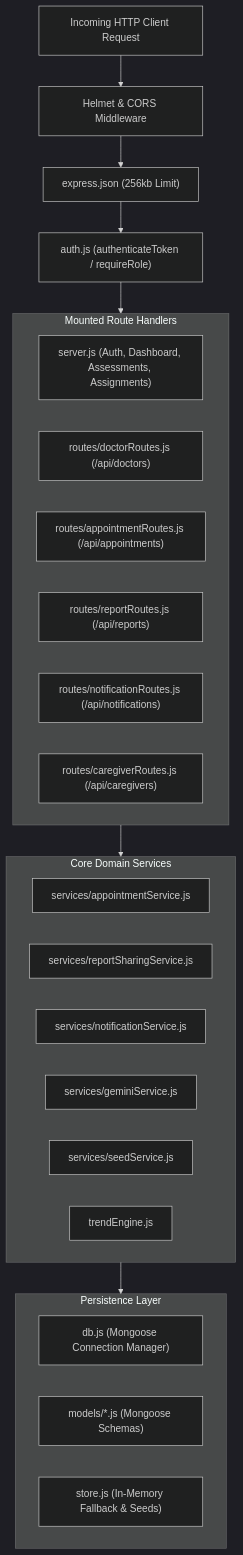
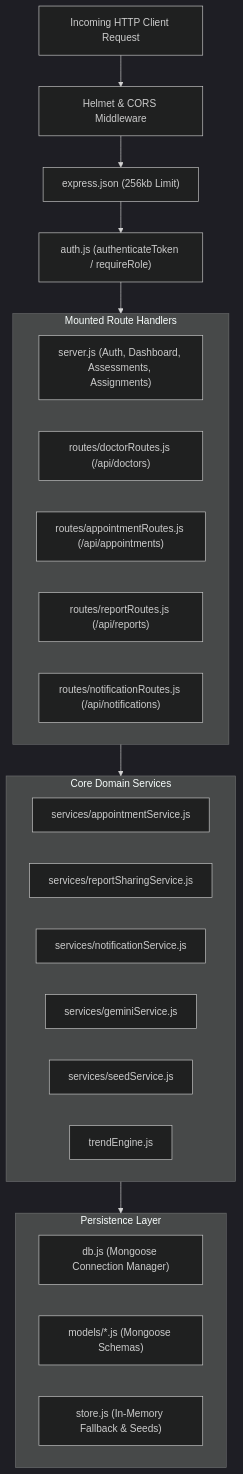
Before and after one commit to Raj-shukla-05/Hacksprint: the diagram in docs/architecture/BACKEND_ARCHITECTURE.md, drawn with Mermaid (dark theme). The commit also changed other lines of this file and 36 other files, not shown here.

````diff
--- a/docs/architecture/BACKEND_ARCHITECTURE.md
+++ b/docs/architecture/BACKEND_ARCHITECTURE.md
@@ -9,34 +9,33 @@
 ```mermaid
 graph TD
     Request["Incoming HTTP Client Request"] --> Helmet["Helmet & CORS Middleware"]
     Helmet --> BodyParser["express.json (256kb Limit)"]
     BodyParser --> AuthMW["auth.js (authenticateToken / requireRole)"]
     
     subgraph RoutingLayer["Mounted Route Handlers"]
         CoreRoutes["server.js (Auth, Dashboard, Assessments, Assignments)"]
         DocRoutes["routes/doctorRoutes.js (/api/doctors)"]
         ApptRoutes["routes/appointmentRoutes.js (/api/appointments)"]
         RepRoutes["routes/reportRoutes.js (/api/reports)"]
         NotifRoutes["routes/notificationRoutes.js (/api/notifications)"]
-        CareRoutes["routes/caregiverRoutes.js (/api/caregivers)"]
     end
 
     subgraph ServiceLayer["Core Domain Services"]
         ApptService["services/appointmentService.js"]
         ReportService["services/reportSharingService.js"]
         NotifService["services/notificationService.js"]
         GeminiService["services/geminiService.js"]
         SeedService["services/seedService.js"]
         TrendEngine["trendEngine.js"]
     end
 
     subgraph DataLayer["Persistence Layer"]
         DBManager["db.js (Mongoose Connection Manager)"]
         MongoModels["models/*.js (Mongoose Schemas)"]
         MemStore["store.js (In-Memory Fallback & Seeds)"]
     end
 
     AuthMW --> RoutingLayer
     RoutingLayer --> ServiceLayer
     ServiceLayer --> DataLayer
 ```
````
